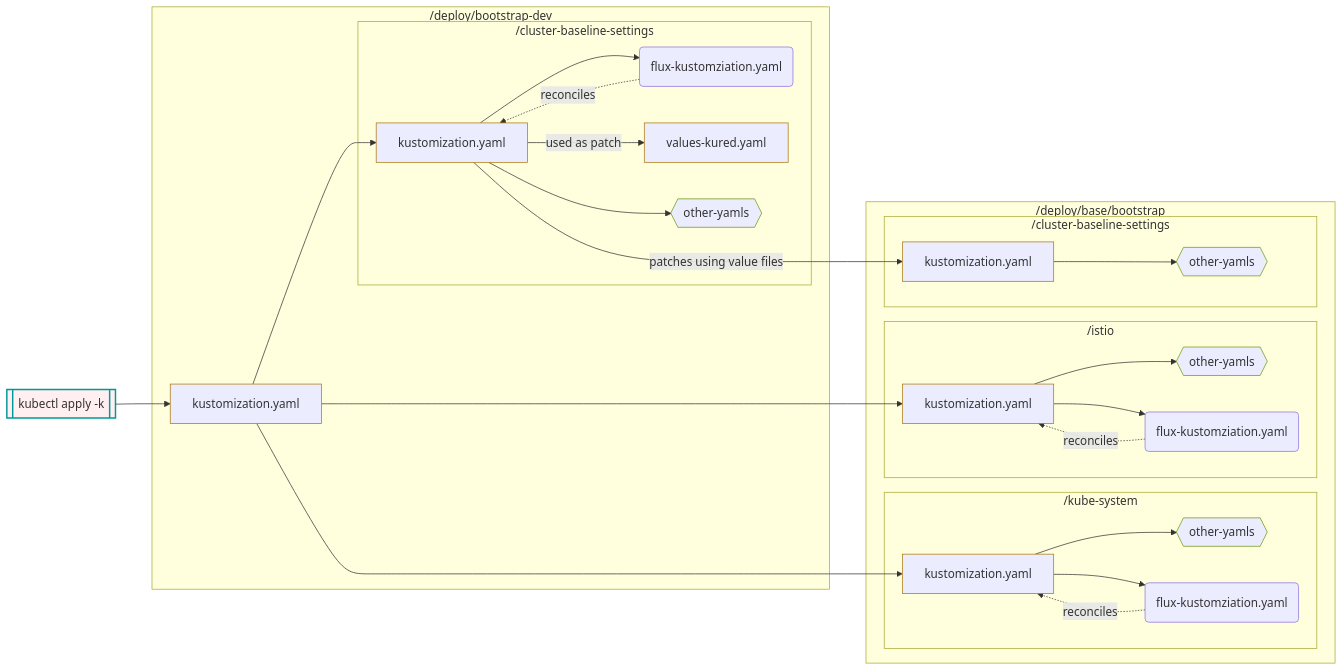
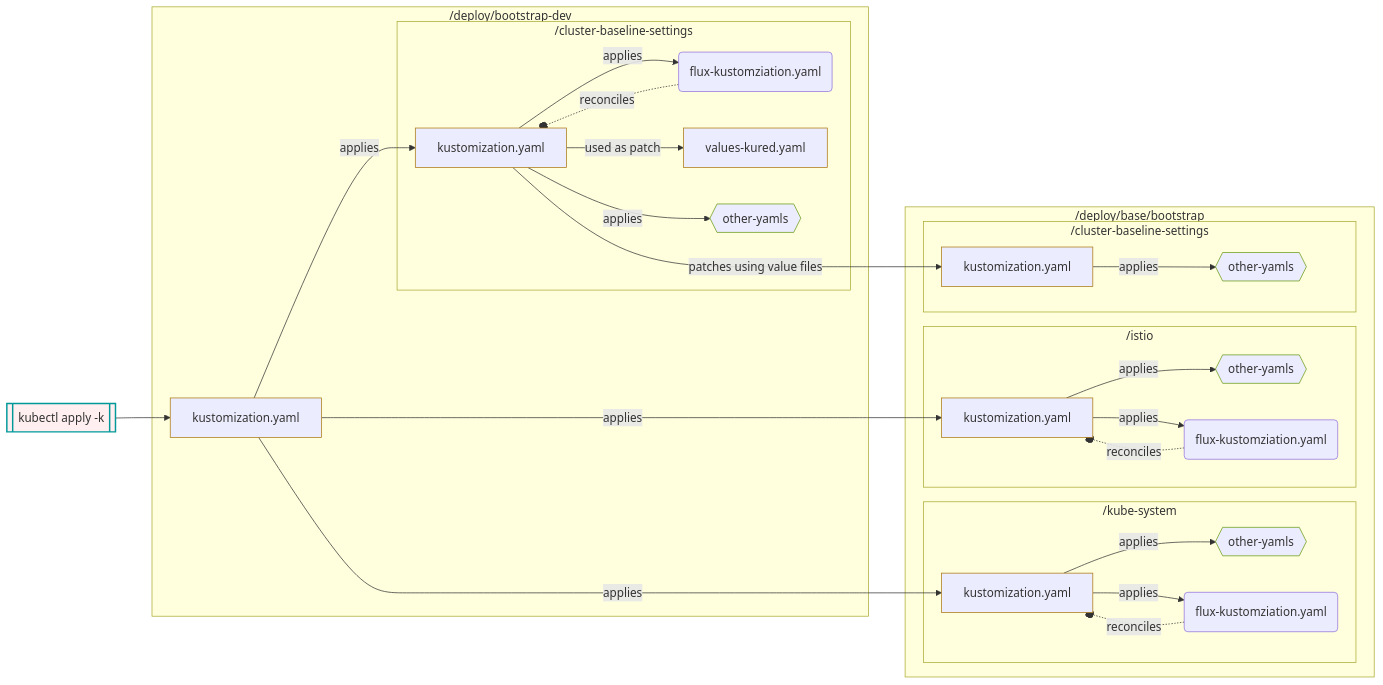
The third of 4 diagrams in docs/FluxDirStructure.md (retaildevcrews/ngsa-asb), drawn with Mermaid before and after one commit. The commit also changed other lines of this file, not shown here.

Commit message:
Added zone specific diagram

````diff
--- a/docs/FluxDirStructure.md
+++ b/docs/FluxDirStructure.md
@@ -116,77 +116,77 @@
 ```mermaid
 flowchart LR
     classDef k8s stroke:#a71
     classDef other stroke:#691
     classDef start fill:#f121,stroke:#099,stroke-width:2px;
     
     %% Node definitions
     k8skust_root[kustomization.yaml]:::k8s
     k8skust_cb[kustomization.yaml]:::k8s
     base_kube[kustomization.yaml]:::k8s
     base_istio[kustomization.yaml]:::k8s
     base_cb[kustomization.yaml]:::k8s
     flux-kust(flux-kustomziation.yaml)
     values-kured[values-kured.yaml]:::k8s
     other-yamls{{"other-yamls"}}:::other
     bcb_yaml{{"other-yamls"}}:::other
 
     bistio_yaml{{"other-yamls"}}:::other
     bistio_flux("flux-kustomziation.yaml")
 
     bksys_yaml{{"other-yamls"}}:::other
     bksys_flux("flux-kustomziation.yaml")
 
     %% Total graph
     apply[["kubectl apply -k"]]:::start --> k8skust_root
-    k8skust_root --> k8skust_cb
-    k8skust_root --> base_kube
-    k8skust_root --> base_istio
+    k8skust_root -->|applies| k8skust_cb
+    k8skust_root -->|applies| base_kube
+    k8skust_root -->|applies| base_istio
 
     %% bootstrap cluster-baseline
     k8skust_cb   --->|patches using value files| base_cb
-    k8skust_cb   --> flux-kust
+    k8skust_cb   -->|applies| flux-kust
     k8skust_cb   --used as patch--> values-kured
-    k8skust_cb   --> other-yamls
-    flux-kust    -.reconciles.-> k8skust_cb
+    k8skust_cb   -->|applies| other-yamls
+    flux-kust    -.reconciles.-o k8skust_cb
     
     %% base cluser-baseline-settings
-    base_cb --> bcb_yaml
+    base_cb -->|applies| bcb_yaml
 
     %% base istio
-    base_istio --> bistio_flux
-    base_istio --> bistio_yaml
-    bistio_flux -.reconciles.-> base_istio
+    base_istio -->|applies| bistio_flux
+    base_istio -->|applies| bistio_yaml
+    bistio_flux -.reconciles.-o base_istio
 
     %% %base kube-system
-    bksys_flux -.reconciles.-> base_kube
-    base_kube --> bksys_yaml
-    base_kube --> bksys_flux
+    bksys_flux -.reconciles.-o base_kube
+    base_kube -->|applies| bksys_yaml
+    base_kube -->|applies| bksys_flux
 
     subgraph bst ["/deploy/bootstrap-dev"]
         k8skust_root
         subgraph bootstrap-cb ["/cluster-baseline-settings"]
             k8skust_cb
             other-yamls
             flux-kust
             values-kured
         end
     end
     subgraph bboot ["/deploy/base/bootstrap"]
         subgraph kks ["/kube-system"]
         base_kube
         bksys_flux
         bksys_yaml
         end
 
         subgraph istio ["/istio"]
         base_istio
         bistio_flux
         bistio_yaml
         end
 
         subgraph base-cb ["/cluster-baseline-settings"]
         base_cb
         bcb_yaml
         end
     end
 ```
````
